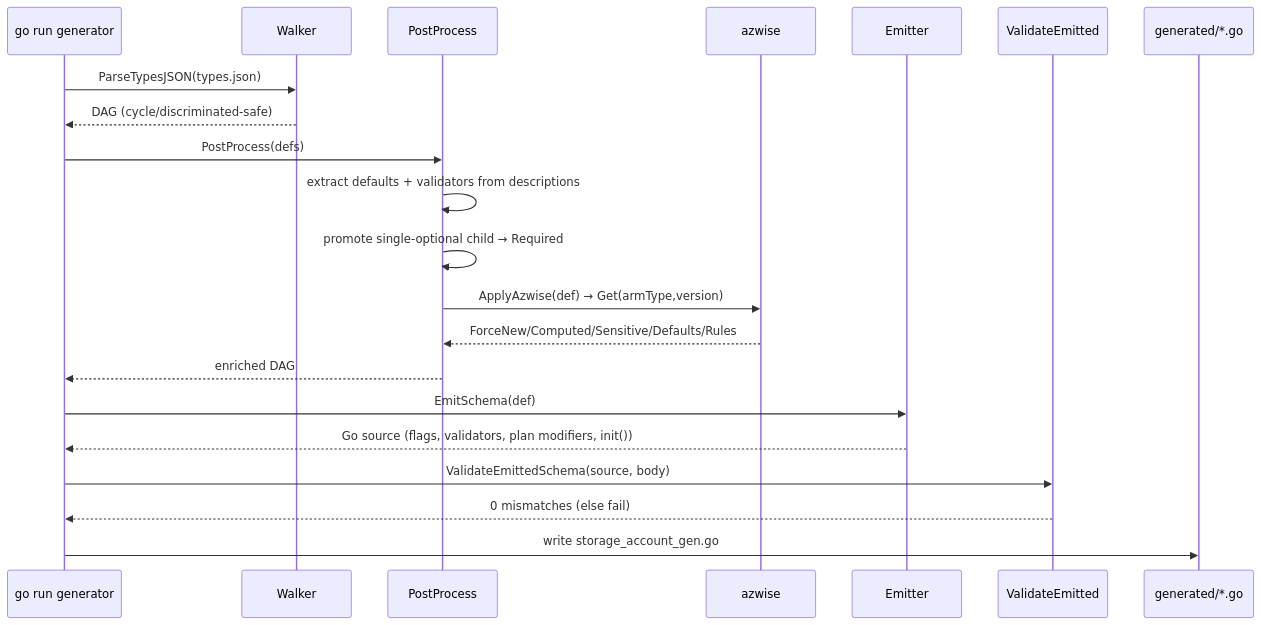
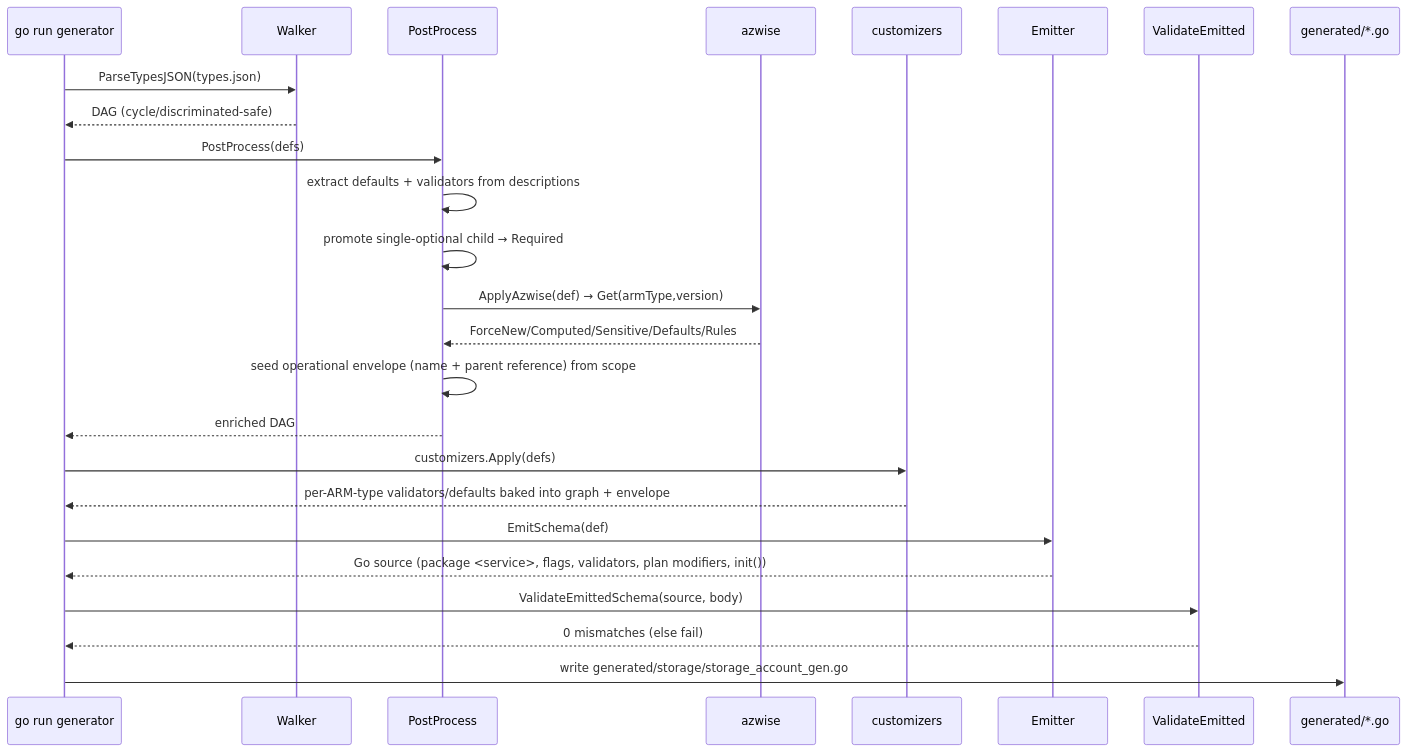
Before and after one commit to wuxu92/terraform-provider-azapi: the first of 3 diagrams in tools/azwise/azapin-dev-spec.md, drawn with Mermaid. The commit also changed other lines of this file, not shown here.

````diff
--- a/tools/azwise/azapin-dev-spec.md
+++ b/tools/azwise/azapin-dev-spec.md
@@ -350,24 +363,28 @@
 ```mermaid
 sequenceDiagram
     participant CLI as go run generator
     participant W as Walker
     participant P as PostProcess
     participant A as azwise
+    participant C as customizers
     participant E as Emitter
     participant V as ValidateEmitted
     participant FS as generated/*.go
 
     CLI->>W: ParseTypesJSON(types.json)
     W-->>CLI: DAG (cycle/discriminated-safe)
     CLI->>P: PostProcess(defs)
     P->>P: extract defaults + validators from descriptions
     P->>P: promote single-optional child → Required
     P->>A: ApplyAzwise(def) → Get(armType,version)
     A-->>P: ForceNew/Computed/Sensitive/Defaults/Rules
+    P->>P: seed operational envelope (name + parent reference) from scope
     P-->>CLI: enriched DAG
+    CLI->>C: customizers.Apply(defs)
+    C-->>CLI: per-ARM-type validators/defaults baked into graph + envelope
     CLI->>E: EmitSchema(def)
-    E-->>CLI: Go source (flags, validators, plan modifiers, init())
+    E-->>CLI: Go source (package <service>, flags, validators, plan modifiers, init())
     CLI->>V: ValidateEmittedSchema(source, body)
     V-->>CLI: 0 mismatches (else fail)
-    CLI->>FS: write storage_account_gen.go
+    CLI->>FS: write generated/storage/storage_account_gen.go
 ```
````
